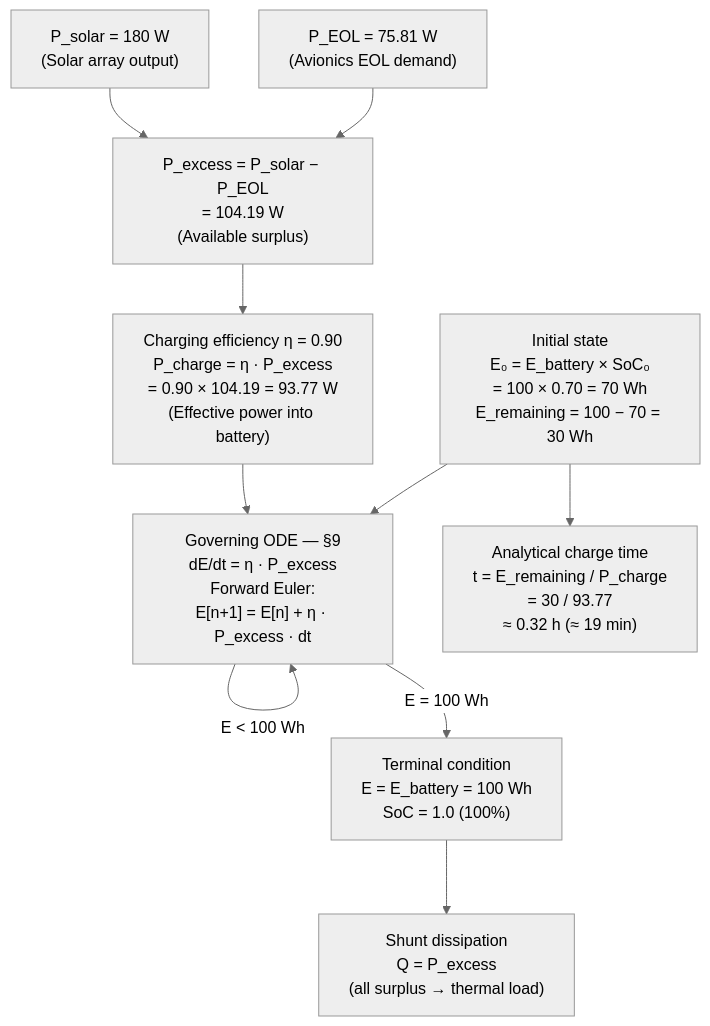
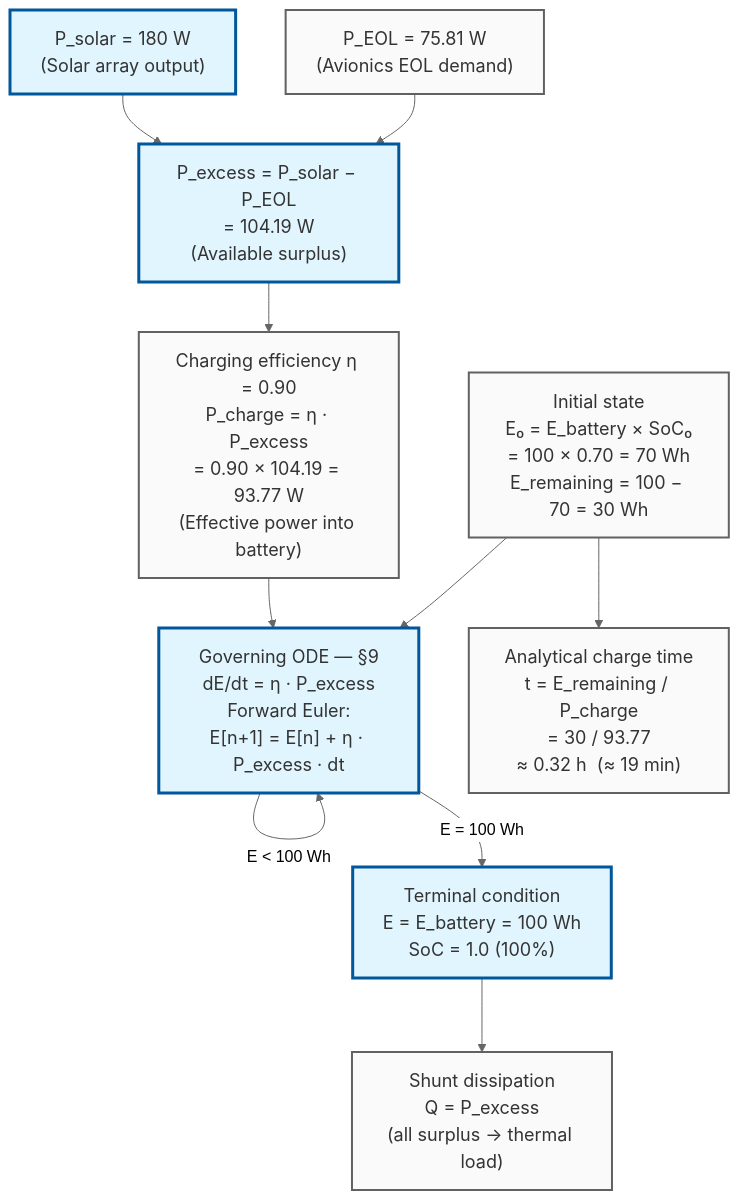
The second of 8 diagrams in README.md (chetan0021/spacecraft-eps-power-budget), drawn with Mermaid (neutral theme) before and after one commit. The commit also changed other lines of this file, not shown here.

Commit message:
docs: overhaul Mermaid diagrams for visibility and add hifi spacecraft silhouette

````diff
--- a/README.md
+++ b/README.md
@@ -99,27 +100,32 @@
 ```mermaid
 flowchart TD
-    P1["P_solar = 180 W\n(Solar array output)"]
-    P2["P_EOL = 75.81 W\n(Avionics EOL demand)"]
+    %% Styling and Contrast
+    classDef default font-family:Inter,font-size:18px,color:#333,stroke-width:2px;
+    classDef step fill:#fafafa,stroke:#616161,stroke-width:2px,color:#333;
+    classDef highlight fill:#e1f5fe,stroke:#01579b,stroke-width:3px,color:#333;
 
-    P3["P_excess = P_solar − P_EOL\n= 104.19 W\n(Available surplus)"]
+    P1["P_solar = 180 W\n(Solar array output)"]:::highlight
+    P2["P_EOL = 75.81 W\n(Avionics EOL demand)"]:::step
 
-    P4["Charging efficiency η = 0.90\nP_charge = η · P_excess\n= 0.90 × 104.19 = 93.77 W\n(Effective power into battery)"]
+    P3["P_excess = P_solar − P_EOL\n= 104.19 W\n(Available surplus)"]:::highlight
 
-    P5["Initial state\nE₀ = E_battery × SoC₀\n= 100 × 0.70 = 70 Wh\nE_remaining = 100 − 70 = 30 Wh"]
+    P4["Charging efficiency η = 0.90\nP_charge = η · P_excess\n= 0.90 × 104.19 = 93.77 W\n(Effective power into battery)"]:::step
 
-    P6["Governing ODE — §9\ndE/dt = η · P_excess\nForward Euler:\nE[n+1] = E[n] + η · P_excess · dt"]
+    P5["Initial state\nE₀ = E_battery × SoC₀\n= 100 × 0.70 = 70 Wh\nE_remaining = 100 − 70 = 30 Wh"]:::step
 
-    P7["Analytical charge time\nt = E_remaining / P_charge\n= 30 / 93.77\n≈ 0.32 h  (≈ 19 min)"]
+    P6["Governing ODE — §9\ndE/dt = η · P_excess\nForward Euler:\nE[n+1] = E[n] + η · P_excess · dt"]:::highlight
 
-    P8["Terminal condition\nE = E_battery = 100 Wh\nSoC = 1.0  (100%)"]
+    P7["Analytical charge time\nt = E_remaining / P_charge\n= 30 / 93.77\n≈ 0.32 h  (≈ 19 min)"]:::step
 
-    P9["Shunt dissipation\nQ = P_excess\n(all surplus → thermal load)"]
+    P8["Terminal condition\nE = E_battery = 100 Wh\nSoC = 1.0  (100%)"]:::highlight
+
+    P9["Shunt dissipation\nQ = P_excess\n(all surplus → thermal load)"]:::step
 
     P1 & P2 --> P3
     P3 --> P4
     P4 & P5 --> P6
     P6 -->|"E < 100 Wh"| P6
     P6 -->|"E = 100 Wh"| P8
     P5 --> P7
     P8 --> P9
 ```
````
